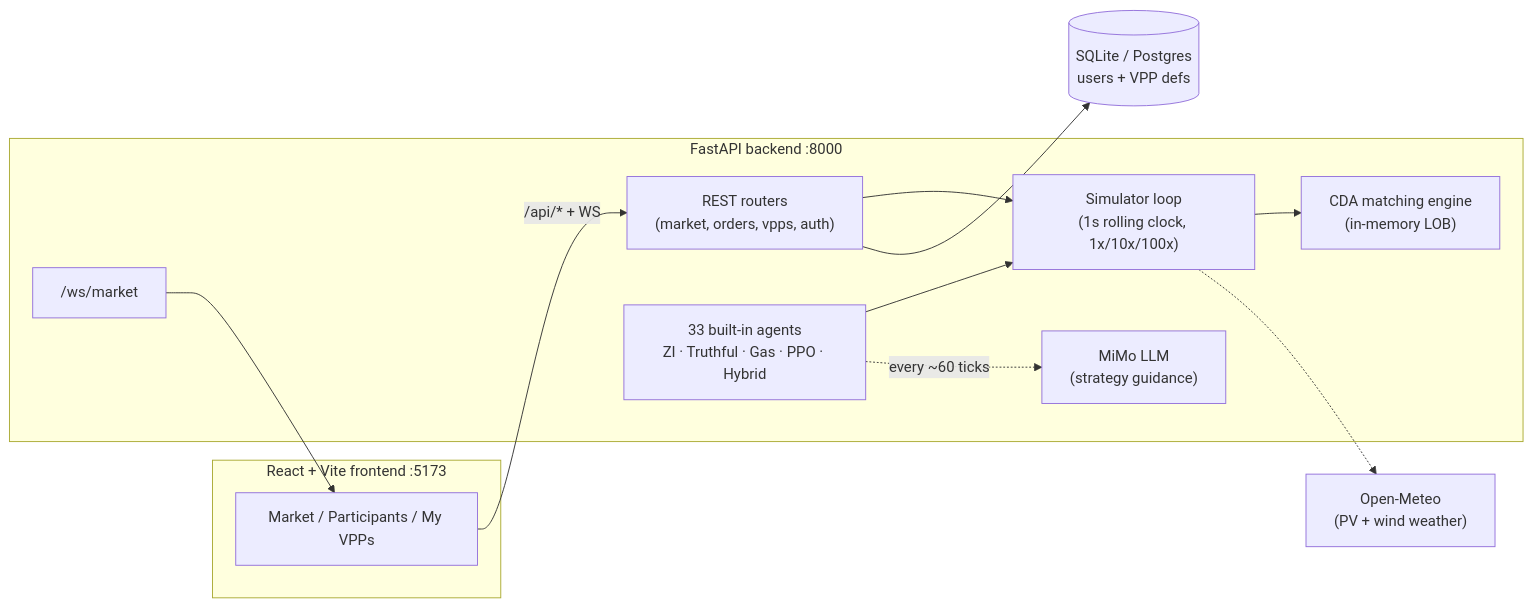
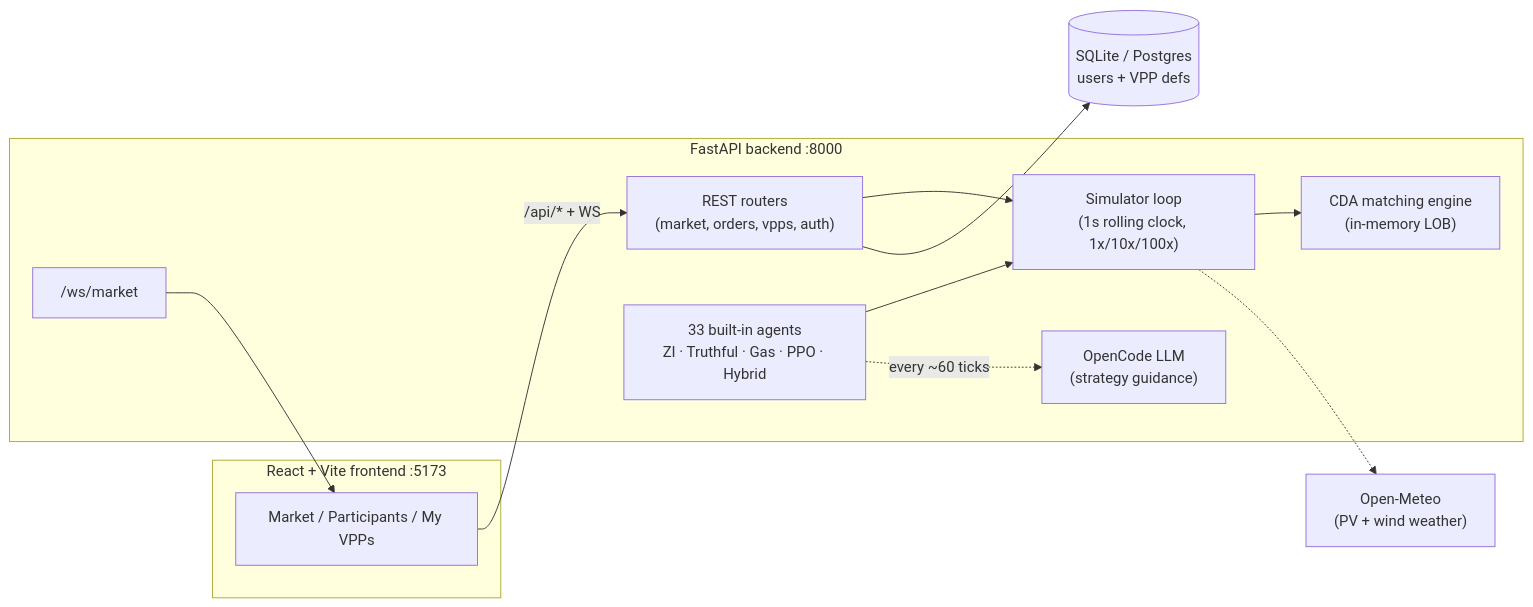
The diagram in README.md (NZY0720/EFlux), drawn with Mermaid before and after one commit. The commit also changed other lines of this file and 19 other files, not shown here.

````diff
--- a/README.md
+++ b/README.md
@@ -32,25 +32,25 @@
 ```mermaid
 flowchart LR
   subgraph Frontend["React + Vite frontend :5173"]
     UI["Market / Participants / My VPPs"]
   end
   subgraph Backend["FastAPI backend :8000"]
     API["REST routers<br/>(market, orders, vpps, auth)"]
     WS["/ws/market"]
     SIM["Simulator loop<br/>(1s rolling clock, 1x/10x/100x)"]
     ENGINE["CDA matching engine<br/>(in-memory LOB)"]
     AGENTS["33 built-in agents<br/>ZI · Truthful · Gas · PPO · Hybrid"]
-    LLM["MiMo LLM<br/>(strategy guidance)"]
+    LLM["OpenCode LLM<br/>(strategy guidance)"]
   end
   DB[("SQLite / Postgres<br/>users + VPP defs")]
   OM["Open-Meteo<br/>(PV + wind weather)"]
 
   UI -->|"/api/* + WS"| API
   WS --> UI
   API --> SIM
   SIM --> ENGINE
   AGENTS --> SIM
   AGENTS -.->|"every ~60 ticks"| LLM
   SIM -.-> OM
   API --> DB
 ```
````
